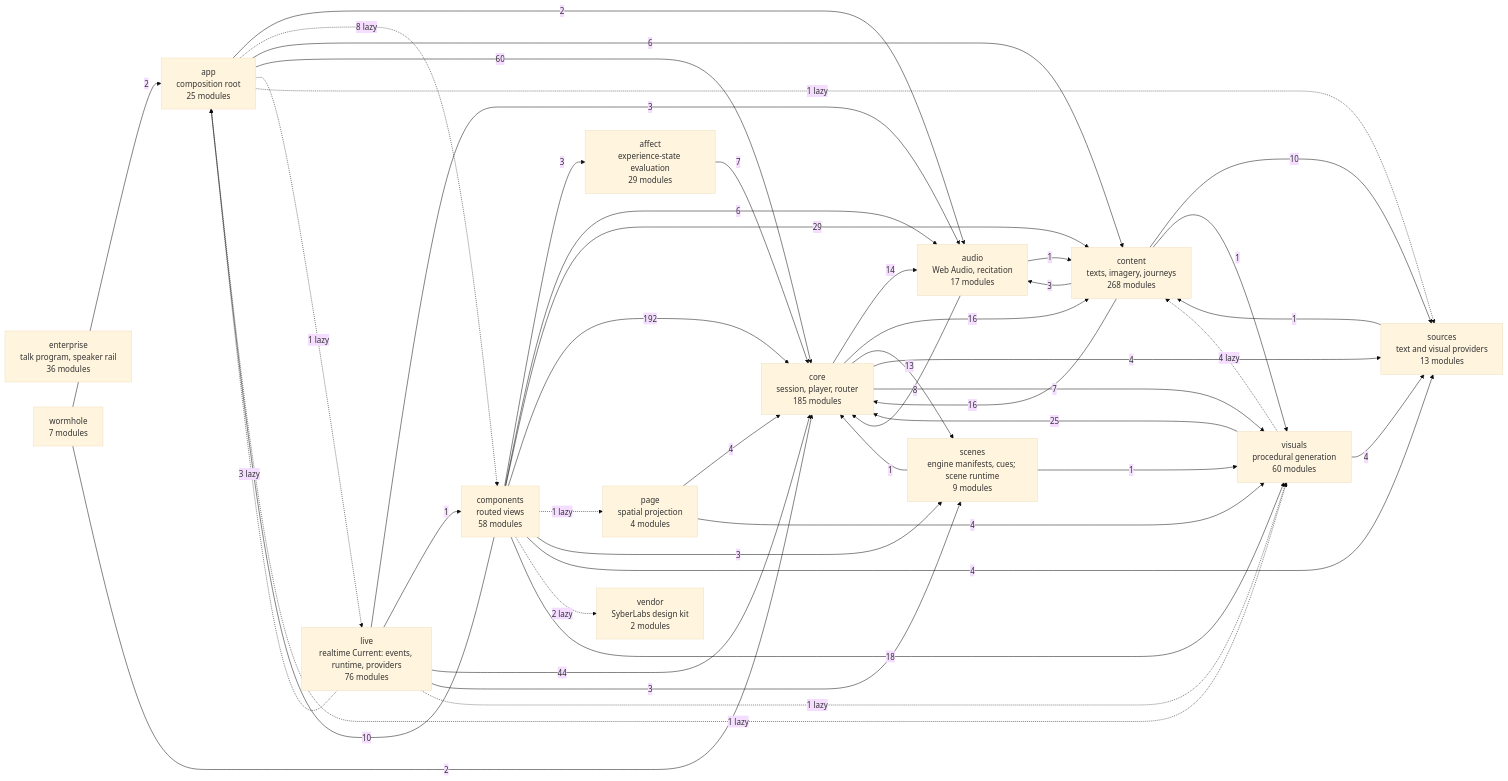
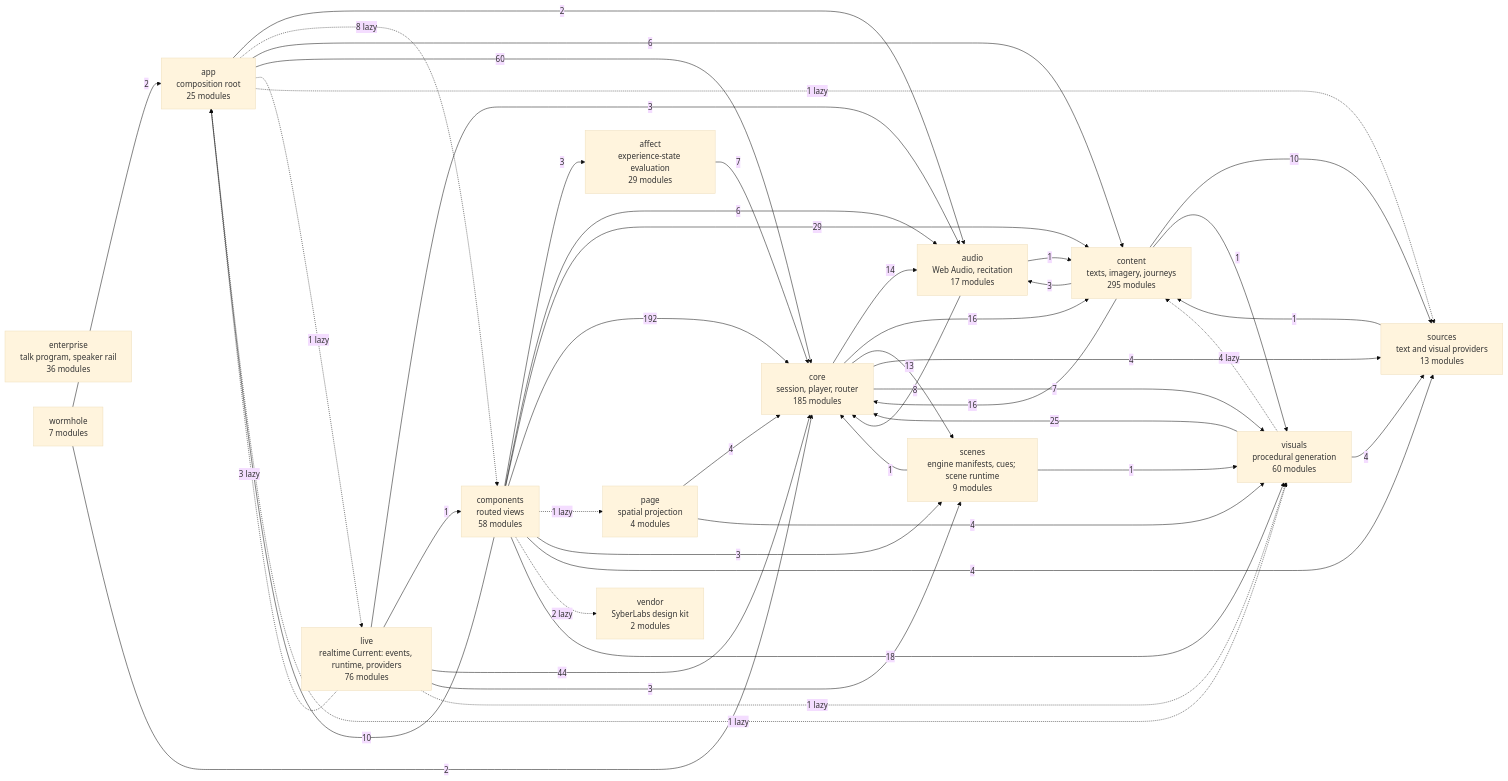
One commit to SyberLabs/RISE changed the diagram in docs/specs/ARCHITECTURE.md. Above: the diagram before and after it, drawn with Mermaid (base theme). The commit also changed 49 other files, not shown here.

````diff
--- a/docs/specs/ARCHITECTURE.md
+++ b/docs/specs/ARCHITECTURE.md
@@ -161,63 +161,63 @@
 ```mermaid
 flowchart LR
     affect["affect<br/>experience-state evaluation<br/>29 modules"]
     app["app<br/>composition root<br/>25 modules"]
     audio["audio<br/>Web Audio, recitation<br/>17 modules"]
     components["components<br/>routed views<br/>58 modules"]
-    content["content<br/>texts, imagery, journeys<br/>268 modules"]
+    content["content<br/>texts, imagery, journeys<br/>295 modules"]
     core["core<br/>session, player, router<br/>185 modules"]
     enterprise["enterprise<br/>talk program, speaker rail<br/>36 modules"]
     live["live<br/>realtime Current: events, runtime, providers<br/>76 modules"]
     page["page<br/>spatial projection<br/>4 modules"]
     scenes["scenes<br/>engine manifests, cues; scene runtime<br/>9 modules"]
     sources["sources<br/>text and visual providers<br/>13 modules"]
     vendor["vendor<br/>SyberLabs design kit<br/>2 modules"]
     visuals["visuals<br/>procedural generation<br/>60 modules"]
     wormhole["wormhole<br/>7 modules"]
 
     affect --> |7| core
     app --> |2| audio
     app -.-> |8 lazy| components
     app --> |6| content
     app --> |60| core
     app -.-> |1 lazy| live
     app -.-> |1 lazy| sources
     app -.-> |1 lazy| visuals
     audio --> |1| content
     audio --> |8| core
     components --> |3| affect
     components --> |10| app
     components --> |6| audio
     components --> |29| content
     components --> |192| core
     components -.-> |1 lazy| page
     components --> |3| scenes
     components --> |4| sources
     components -.-> |2 lazy| vendor
     components --> |18| visuals
     content --> |3| audio
     content --> |16| core
     content --> |10| sources
     content --> |1| visuals
     core --> |14| audio
     core --> |16| content
     core --> |13| scenes
     core --> |4| sources
     core --> |7| visuals
     live -.-> |3 lazy| app
     live --> |3| audio
     live --> |1| components
     live --> |44| core
     live --> |3| scenes
     live -.-> |1 lazy| visuals
     page --> |4| core
     page --> |4| visuals
     scenes --> |1| core
     scenes --> |1| visuals
     sources --> |1| content
     visuals -.-> |4 lazy| content
     visuals --> |25| core
     visuals --> |4| sources
     wormhole --> |2| app
     wormhole --> |2| core
 ```
````
